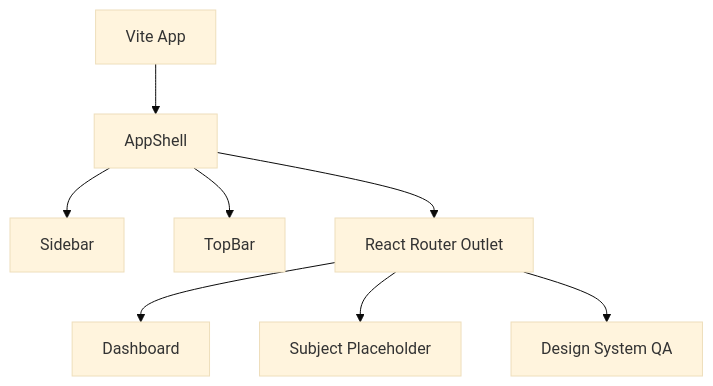
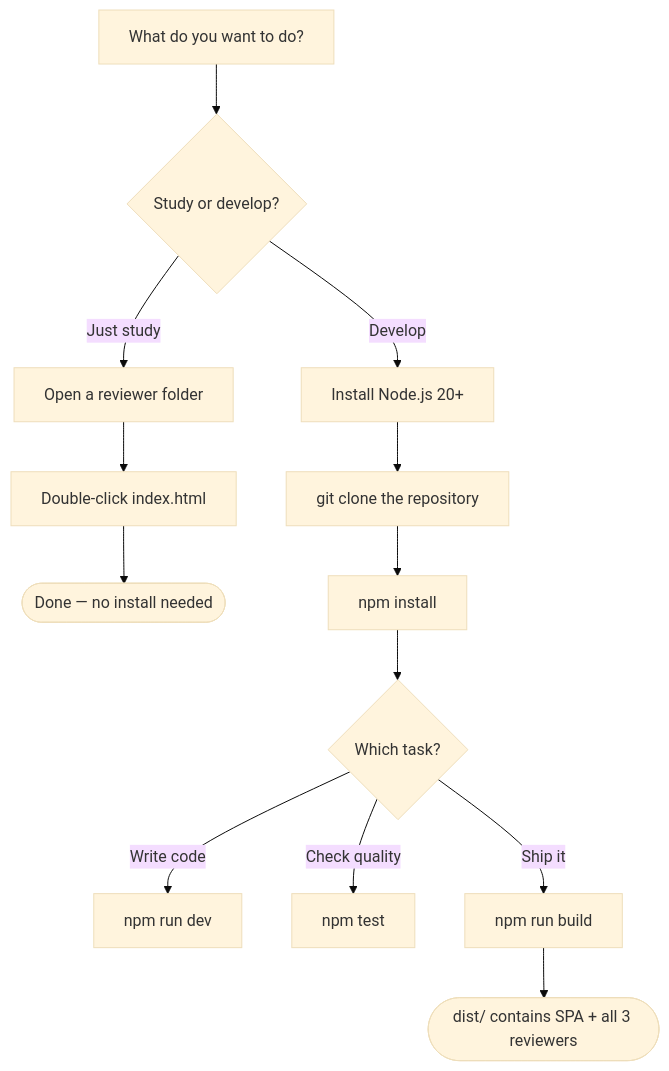
Before and after one commit to SecretlySpy/IT-Subjects-Reviewer: the first of 2 diagrams in Tech Stack Setup Guide.md, drawn with Mermaid (base theme). The commit also changed other lines of this file and 36 other files, not shown here.

````diff
--- a/Tech Stack Setup Guide.md
+++ b/Tech Stack Setup Guide.md
@@ -36,10 +131,15 @@
 ```mermaid
-graph TD
-    A[Vite App] --> B[AppShell]
-    B --> C[Sidebar]
-    B --> D[TopBar]
-    B --> E[React Router Outlet]
-    E --> F[Dashboard]
-    E --> G[Subject Placeholder]
-    E --> H[Design System QA]
+flowchart TD
+    A[What do you want to do?] --> B{Study or develop?}
+    B -->|Just study| C[Open a reviewer folder]
+    C --> D[Double-click index.html]
+    D --> E([Done — no install needed])
+    B -->|Develop| F[Install Node.js 20+]
+    F --> G[git clone the repository]
+    G --> H[npm install]
+    H --> I{Which task?}
+    I -->|Write code| J[npm run dev]
+    I -->|Check quality| K[npm test]
+    I -->|Ship it| L[npm run build]
+    L --> M([dist/ contains SPA + all 3 reviewers])
 ```
````
